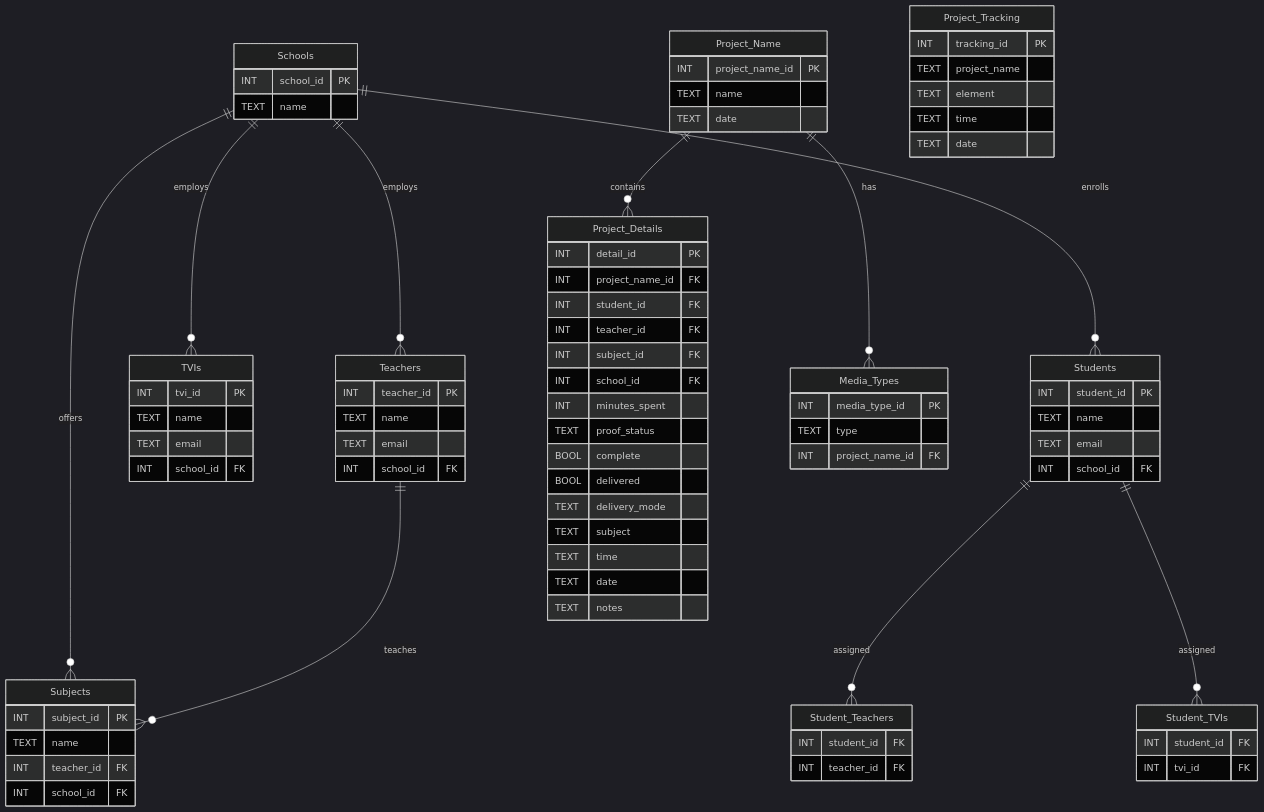
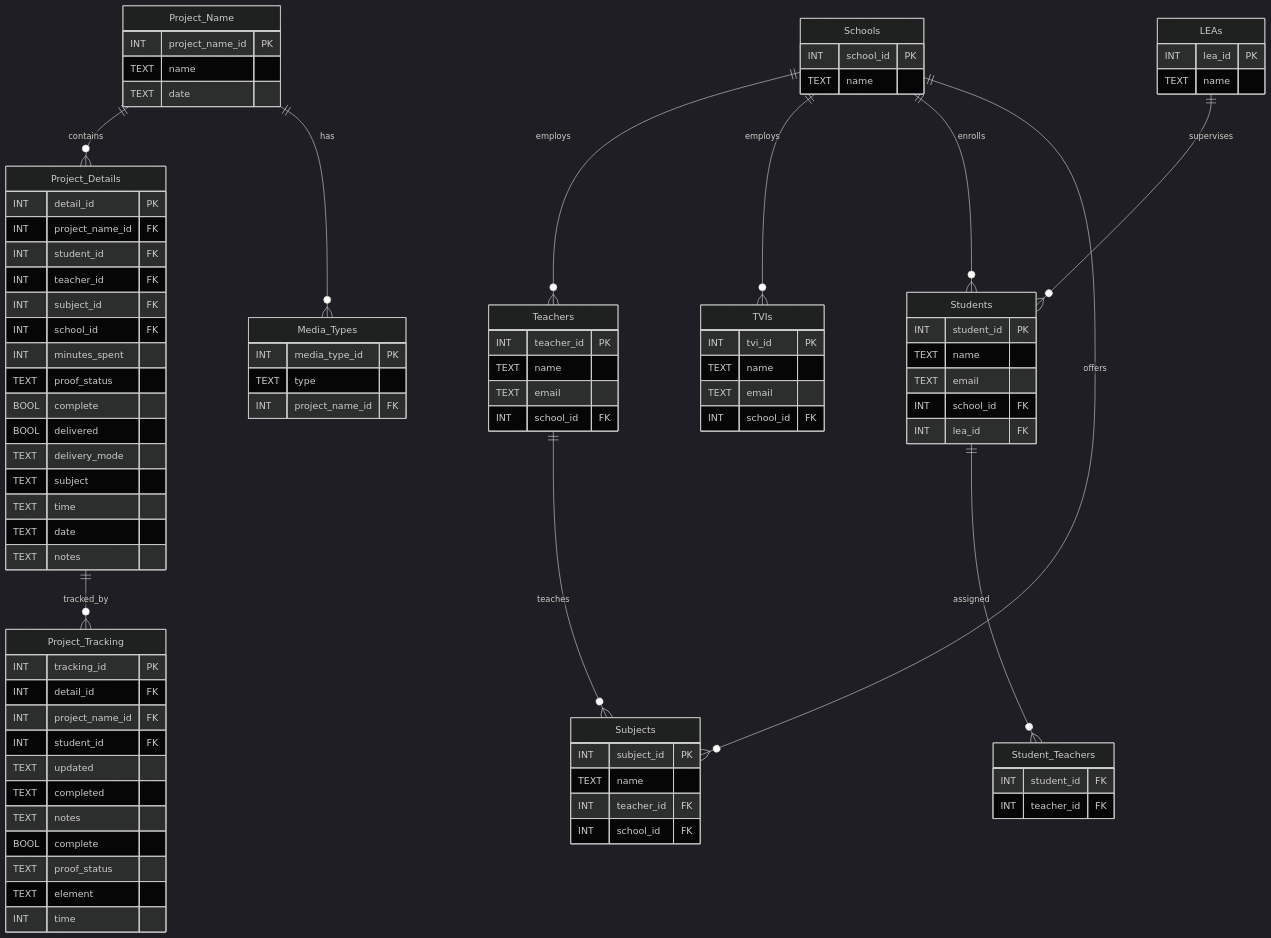
Before and after one commit to mrhunsaker/BrailleTranscriptionLedger: the third of 3 diagrams in README.md, drawn with Mermaid (dark theme). The commit also changed other lines of this file and 51 other files, not shown here.

````diff
--- a/README.md
+++ b/README.md
@@ -353,6 +334,11 @@
         TEXT name
         TEXT email
         INT school_id FK
+        INT lea_id FK
+    }
+    LEAs {
+        INT lea_id PK
+        TEXT name
     }
     Subjects {
         INT subject_id PK
@@ -379,10 +365,16 @@
     }
     Project_Tracking {
         INT tracking_id PK
-        TEXT project_name
+        INT detail_id FK
+        INT project_name_id FK
+        INT student_id FK
+        TEXT updated
+        TEXT completed
+        TEXT notes
+        BOOL complete
+        TEXT proof_status
         TEXT element
-        TEXT time
-        TEXT date
+        INT time
     }
     Media_Types {
         INT media_type_id PK
@@ -393,10 +385,6 @@
         INT student_id FK
         INT teacher_id FK
     }
-    Student_TVIs {
-        INT student_id FK
-        INT tvi_id FK
-    }
 
     Project_Name ||--o{ Project_Details : contains
     Schools ||--o{ Teachers : employs
@@ -405,6 +393,7 @@
     Schools ||--o{ Subjects : offers
     Teachers ||--o{ Subjects : teaches
     Students ||--o{ Student_Teachers : assigned
-    Students ||--o{ Student_TVIs : assigned
     Project_Name ||--o{ Media_Types : has
+    Project_Details ||--o{ Project_Tracking : tracked_by
+    LEAs ||--o{ Students : supervises
 ```
````
